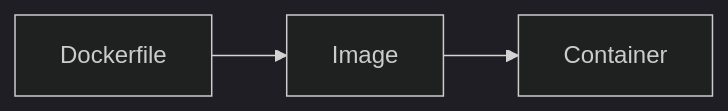
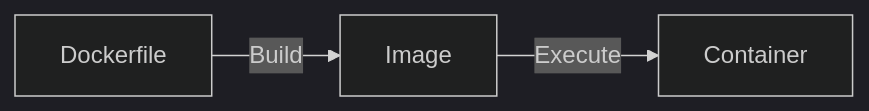
The diagram in readme.md (pkboom/simple-docker), drawn with Mermaid (dark theme) before and after one commit.

````diff
--- a/readme.md
+++ b/readme.md
@@ -8,4 +8,4 @@
 ```mermaid
 flowchart LR
-Dockerfile --> Image --> Container
+Dockerfile -->|Build|Image -->|Execute|Container
 ```
````
